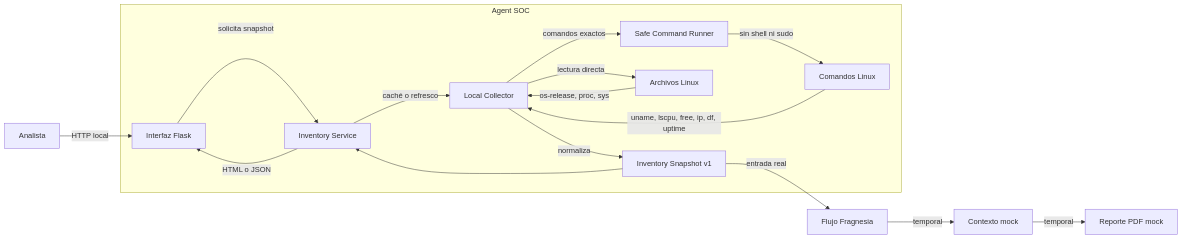
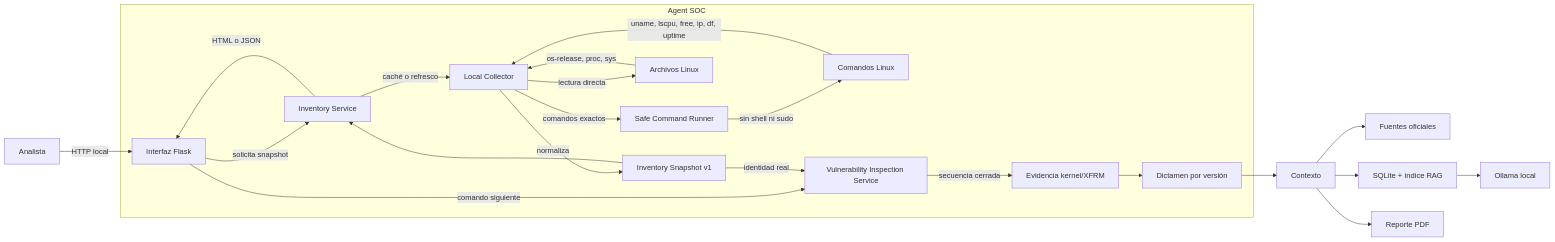
Before and after one commit to Urieldomi/Agent-SOC: the diagram in docs/architecture.md, drawn with Mermaid. The commit also changed other lines of this file and 8 other files, not shown here.

````diff
--- a/docs/architecture.md
+++ b/docs/architecture.md
@@ -15,21 +15,27 @@
 ```mermaid
 flowchart LR
     U["Analista"] -->|"HTTP local"| W["Interfaz Flask"]
 
     subgraph A["Agent SOC"]
         W -->|"solicita snapshot"| S["Inventory Service"]
         S -->|"caché o refresco"| C["Local Collector"]
         C -->|"comandos exactos"| R["Safe Command Runner"]
         C -->|"lectura directa"| F["Archivos Linux"]
         R -->|"sin shell ni sudo"| O["Comandos Linux"]
         C -->|"normaliza"| M["Inventory Snapshot v1"]
         M --> S
+        W -->|"comando siguiente"| I["Vulnerability Inspection Service"]
+        I -->|"secuencia cerrada"| E["Evidencia kernel/XFRM"]
+        E --> D["Dictamen por versión"]
     end
 
     F -->|"os-release, proc, sys"| C
     O -->|"uname, lscpu, free, ip, df, uptime"| C
     S -->|"HTML o JSON"| W
-    M -->|"entrada real"| V["Flujo Fragnesia"]
-    V -->|"temporal"| X["Contexto mock"]
-    X -->|"temporal"| P["Reporte PDF mock"]
+    M -->|"identidad real"| I
+    D --> X["Contexto"]
+    X --> N["Fuentes oficiales"]
+    X --> Q["SQLite + índice RAG"]
+    Q --> L["Ollama local"]
+    X --> P["Reporte PDF"]
 ```
````
